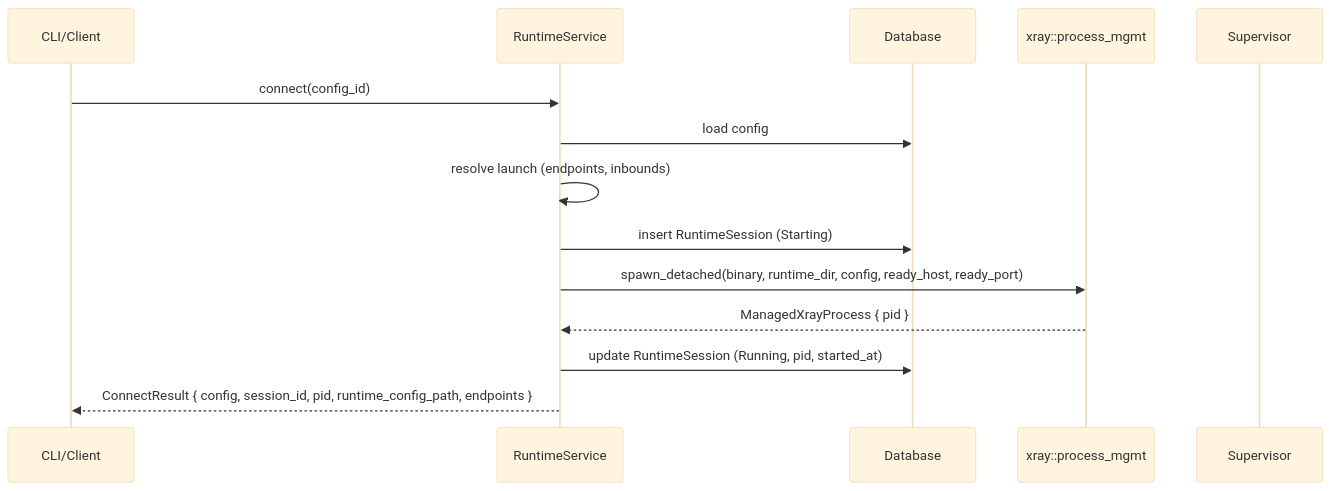
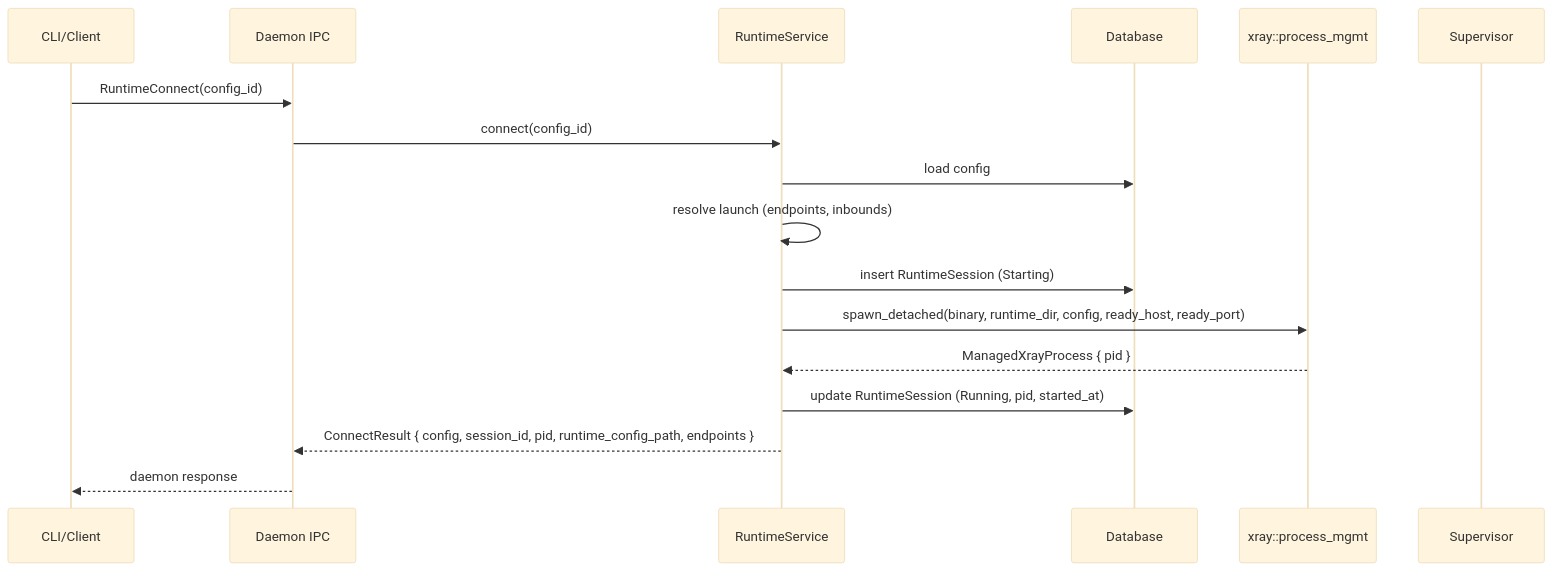
One commit to mhyrzt/xrat changed the first of 3 diagrams in docs/src/06-architecture/runtime-lifecycle.md. Above: the diagram before and after it, drawn with Mermaid (base theme). The commit also changed other lines of this file and 19 other files, not shown here.

````diff
--- a/docs/src/06-architecture/runtime-lifecycle.md
+++ b/docs/src/06-architecture/runtime-lifecycle.md
@@ -93,17 +94,20 @@
 ```mermaid
 sequenceDiagram
     participant CLI as CLI/Client
+    participant D as Daemon IPC
     participant RS as RuntimeService
     participant DB as Database
     participant XM as xray::process_mgmt
     participant SP as Supervisor
 
-    CLI->>RS: connect(config_id)
+    CLI->>D: RuntimeConnect(config_id)
+    D->>RS: connect(config_id)
     RS->>DB: load config
     RS->>RS: resolve launch (endpoints, inbounds)
     RS->>DB: insert RuntimeSession (Starting)
     RS->>XM: spawn_detached(binary, runtime_dir, config, ready_host, ready_port)
     XM-->>RS: ManagedXrayProcess { pid }
     RS->>DB: update RuntimeSession (Running, pid, started_at)
-    RS-->>CLI: ConnectResult { config, session_id, pid, runtime_config_path, endpoints }
+    RS-->>D: ConnectResult { config, session_id, pid, runtime_config_path, endpoints }
+    D-->>CLI: daemon response
 ```
````
